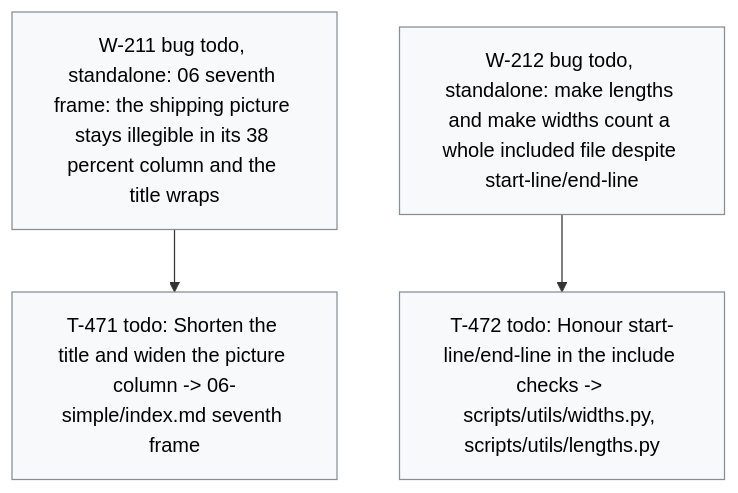
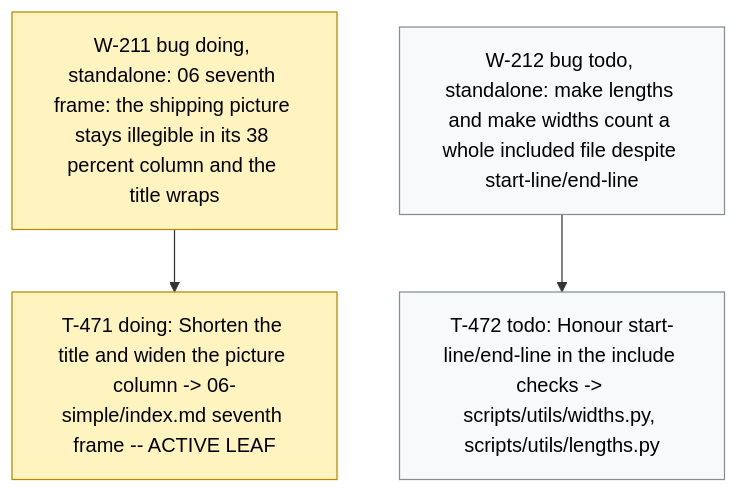
The diagram in .board/BOARD.md (dpopchev/chaos-to-simple), drawn with Mermaid before and after one commit. The commit also changed other lines of this file and 2 other files, not shown here.

Commit message:
chore(board): activate W-211, start T-471
Refs: W-211 T-471

````diff
--- a/.board/BOARD.md
+++ b/.board/BOARD.md
@@ -1245,13 +1245,14 @@
 ```mermaid
 flowchart TD
-  W211["W-211 bug todo, standalone: 06 seventh frame: the shipping picture stays illegible in its 38 percent column and the title wraps"]
-  W211 --> T471["T-471 todo: Shorten the title and widen the picture column -> 06-simple/index.md seventh frame"]
+  W211["W-211 bug doing, standalone: 06 seventh frame: the shipping picture stays illegible in its 38 percent column and the title wraps"]
+  W211 --> T471["T-471 doing: Shorten the title and widen the picture column -> 06-simple/index.md seventh frame -- ACTIVE LEAF"]
   W212["W-212 bug todo, standalone: make lengths and make widths count a whole included file despite start-line/end-line"]
   W212 --> T472["T-472 todo: Honour start-line/end-line in the include checks -> scripts/utils/widths.py, scripts/utils/lengths.py"]
   classDef doing fill:#fff3bf,stroke:#b58900,color:#000;
   classDef blocked fill:#ffe3e3,stroke:#c92a2a,color:#000;
   classDef done fill:#e6ffed,stroke:#2b8a3e,color:#000;
   classDef todo fill:#f8f9fa,stroke:#868e96,color:#000;
   classDef pruned fill:#f1f3f5,stroke:#adb5bd,color:#000;
-  class W211,T471,W212,T472 todo
+  class W211,T471 doing
+  class W212,T472 todo
 ```
````
